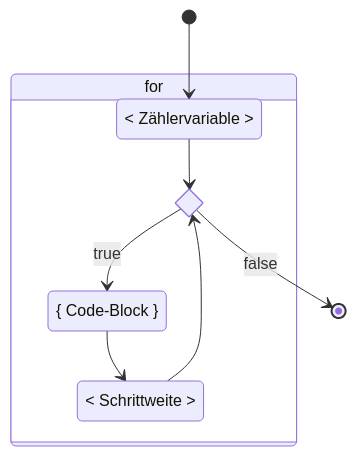
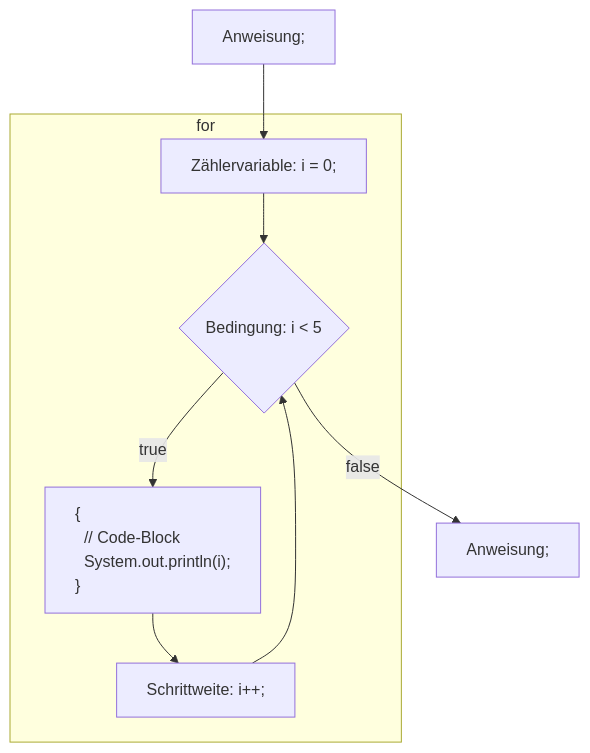
Before and after one commit to codingluke/bbzbl-modul-319: the seventh of 7 diagrams in slides/schleifen.md, drawn with Mermaid. The commit also changed other lines of this file and 25 other files, not shown here.

````diff
--- a/slides/schleifen.md
+++ b/slides/schleifen.md
@@ -246,19 +260,16 @@
 ```mermaid width=70%
-stateDiagram-v2
-    direction TB
-    [*] --> init
-    state Bedingung <<choice>>
+flowchart TD
+    A[Anweisung;] --> B["Zählervariable: i = 0;"]
+    subgraph for
+      B --> C{"Bedingung: i < 5"}
+      C --> |true| D["`{
+      &nbsp;&nbsp;// Code-Block
+      &nbsp;&nbsp;System.out.println(i);
+      }`"]
+      D --> E["Schrittweite: i++;"]
+      E --> C
+    end
+    C --> |false| F[Anweisung;]
 
-    state for {
-        init: < Zählervariable >
-        do: { Code-Block }
-        schritt: < Schrittweite >
-
-        init --> Bedingung
-        Bedingung --> do: true
-        do --> schritt
-        schritt --> Bedingung
-    }
-
-    Bedingung --> [*]: false
+    style D text-align:left
 ```
````
